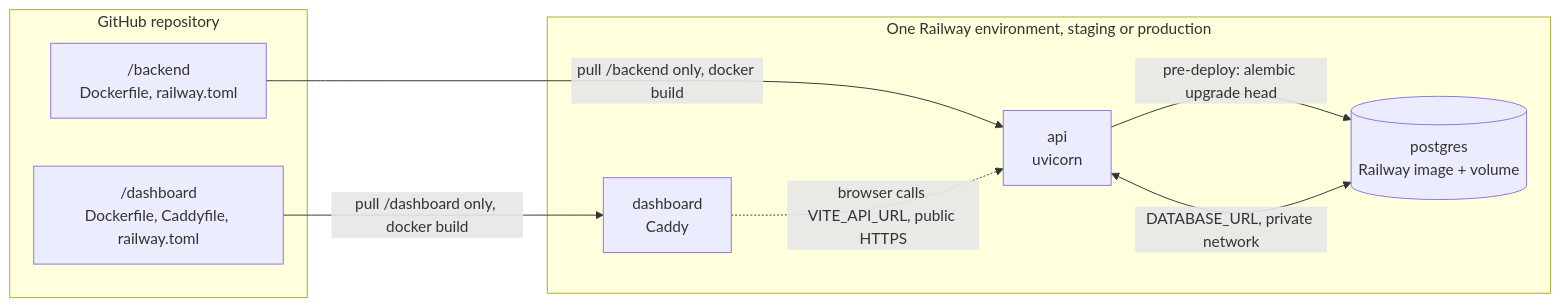
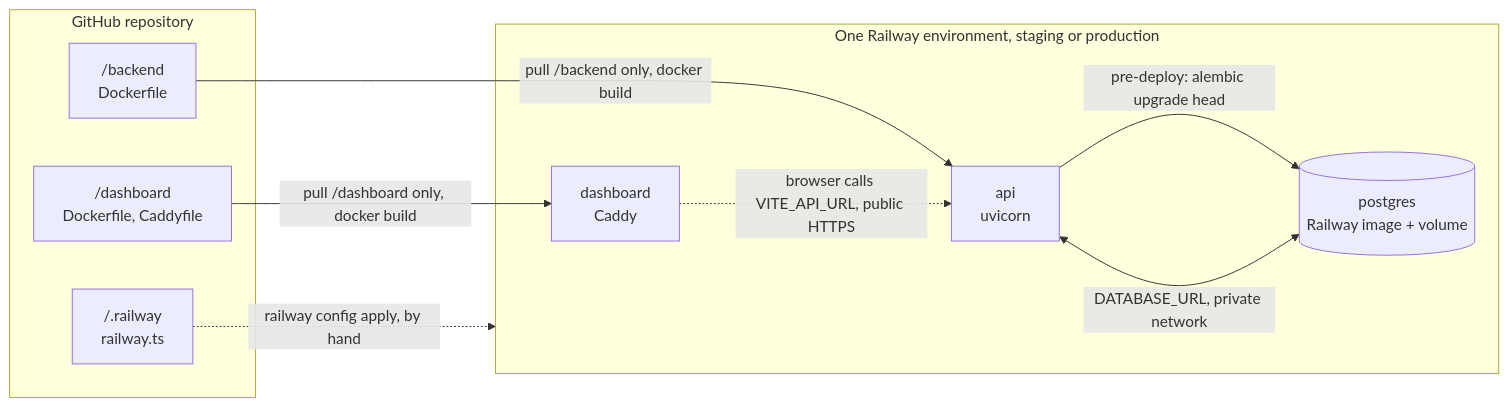
One commit to paulhondola/EchoCare changed the first of 3 diagrams in docs/adr/ADR-001-monorepo-and-delivery.md. Above: the diagram before and after it, drawn with Mermaid. The commit also changed other lines of this file and 5 other files, not shown here.

First line of the commit message:
Replace Railway Config as Code with IaC in .railway/railway.ts

````diff
--- a/docs/adr/ADR-001-monorepo-and-delivery.md
+++ b/docs/adr/ADR-001-monorepo-and-delivery.md
@@ -168,19 +175,21 @@
 ```mermaid
 flowchart LR
     subgraph REPO["GitHub repository"]
-        B["/backend<br/>Dockerfile, railway.toml"]
-        D["/dashboard<br/>Dockerfile, Caddyfile, railway.toml"]
+        B["/backend<br/>Dockerfile"]
+        D["/dashboard<br/>Dockerfile, Caddyfile"]
+        R["/.railway<br/>railway.ts"]
     end
 
     subgraph ENV["One Railway environment, staging or production"]
         API["api<br/>uvicorn"]
         DASH["dashboard<br/>Caddy"]
         PG[("postgres<br/>Railway image + volume")]
     end
 
     B -->|"pull /backend only, docker build"| API
     D -->|"pull /dashboard only, docker build"| DASH
     API -->|"pre-deploy: alembic upgrade head"| PG
     API <-->|"DATABASE_URL, private network"| PG
     DASH -.->|"browser calls VITE_API_URL, public HTTPS"| API
+    R -.->|"railway config apply, by hand"| ENV
 ```
````
